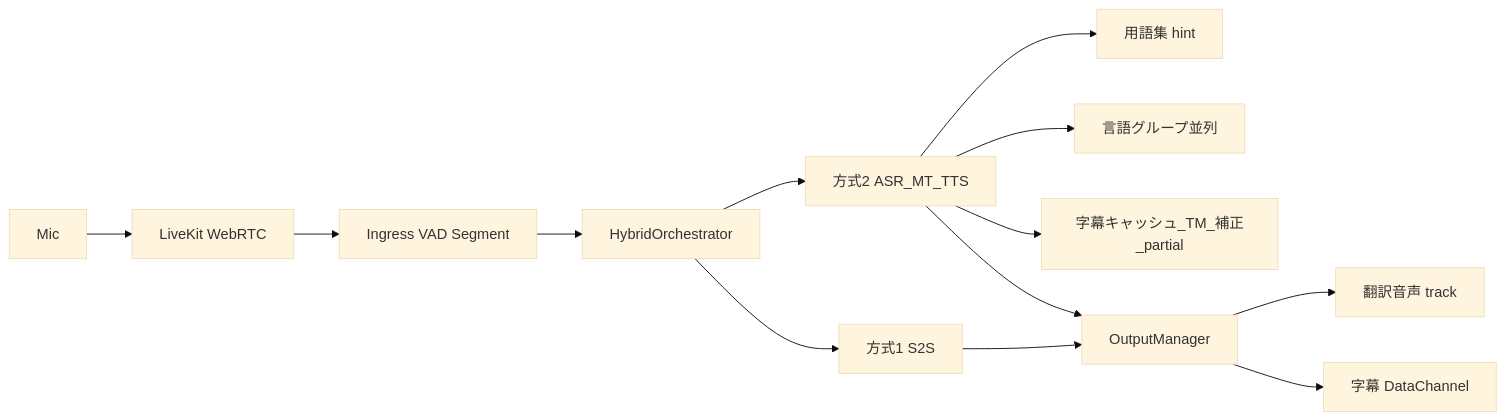
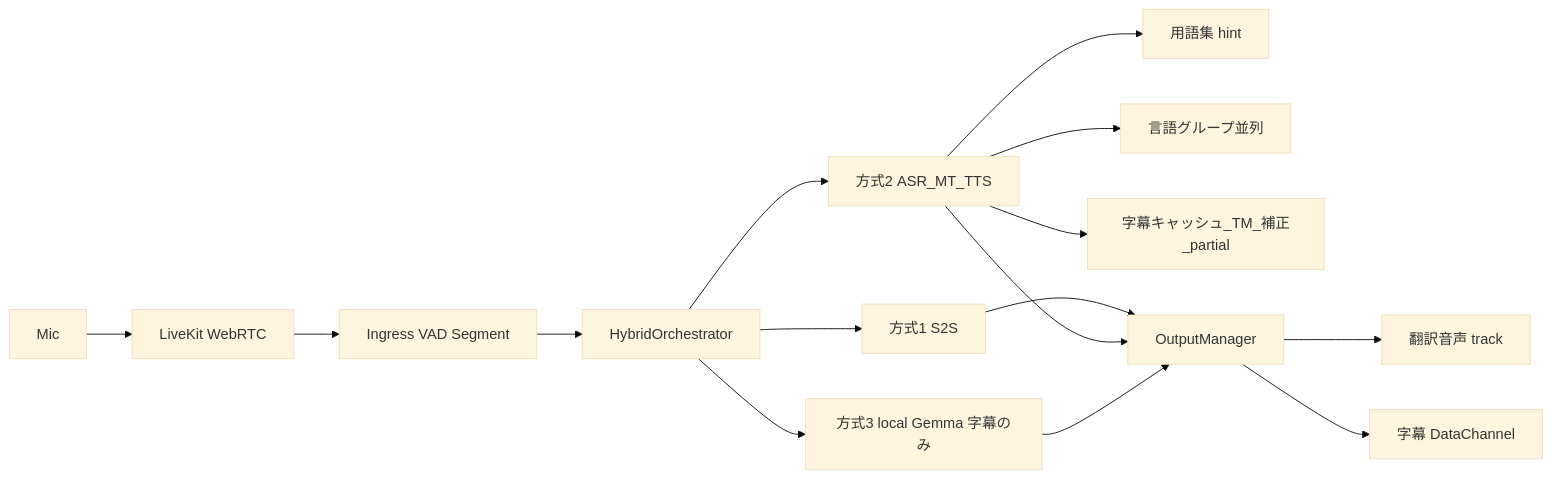
One commit to liushuang393/apps changed the first of 4 diagrams in language-aware-conferencing-system/sonowa/README.md. Above: the diagram before and after it, drawn with Mermaid (base theme). The commit also changed other lines of this file and 25 other files, not shown here.

````diff
--- a/language-aware-conferencing-system/sonowa/README.md
+++ b/language-aware-conferencing-system/sonowa/README.md
@@ -83,15 +83,17 @@
 ```mermaid
 flowchart LR
   mic[Mic] --> lk[LiveKit WebRTC]
   lk --> ingress[Ingress VAD Segment]
   ingress --> orch[HybridOrchestrator]
   orch --> m1[方式1 S2S]
   orch --> m2[方式2 ASR_MT_TTS]
+  orch --> m3[方式3 local Gemma 字幕のみ]
   m2 --> gloss[用語集 hint]
   m2 --> parallel[言語グループ並列]
   m2 --> subopt[字幕キャッシュ_TM_補正_partial]
   m1 --> om[OutputManager]
   m2 --> om
+  m3 --> om
   om --> audioOut[翻訳音声 track]
   om --> subOut[字幕 DataChannel]
 ```
````
